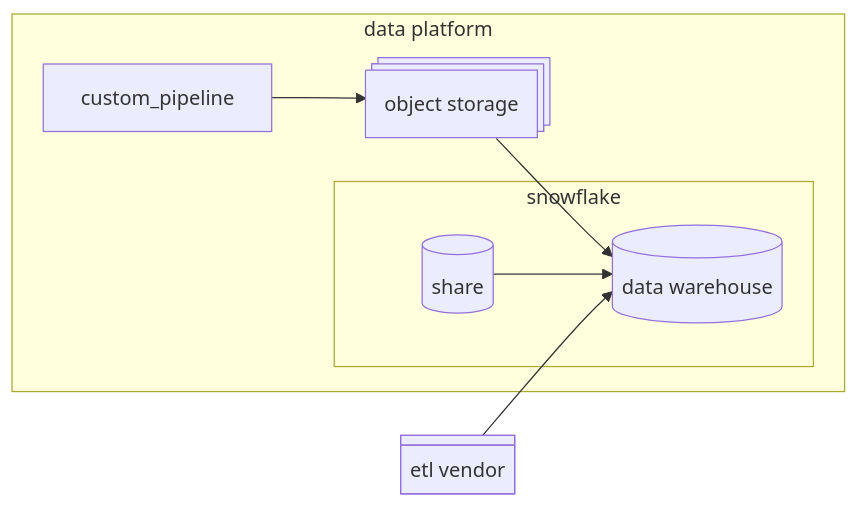
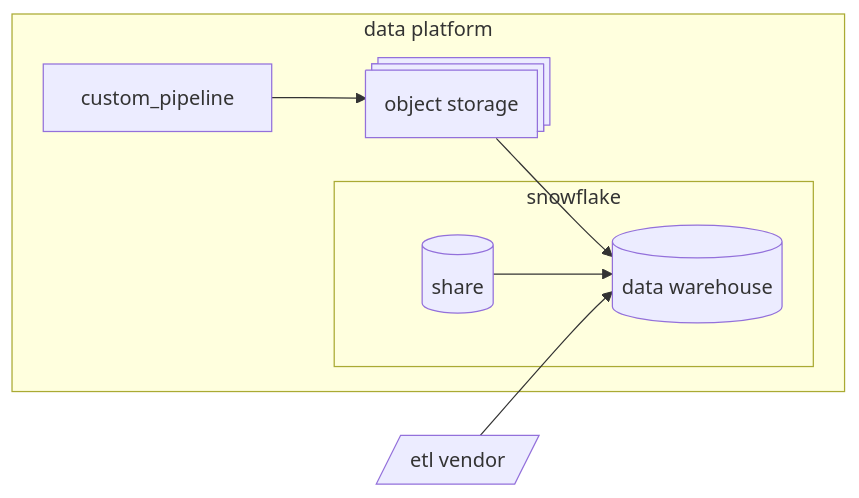
The diagram in content/handbook/enterprise-data/platform/pipelines/_index.md (zalyoung/gitlab-handbook), drawn with Mermaid before and after one commit.

Commit message:
fix to prev mermaid syntax

````diff
--- a/content/handbook/enterprise-data/platform/pipelines/_index.md
+++ b/content/handbook/enterprise-data/platform/pipelines/_index.md
@@ -16,16 +16,16 @@
 ```mermaid
 flowchart LR
 
 subgraph data platform
 
     object_storage --> warehouse
     custom_pipeline --> object_storage@{ shape: procs, label: "object storage"}
 
     subgraph snowflake
         snowflake_share[(share)] --> warehouse[(data warehouse)]
     end
 
 end
 
-etl_vendor@{ shape: div-rect, label: etl vendor } --> warehouse
+etl_vendor[/etl vendor/] --> warehouse
 ```
````
